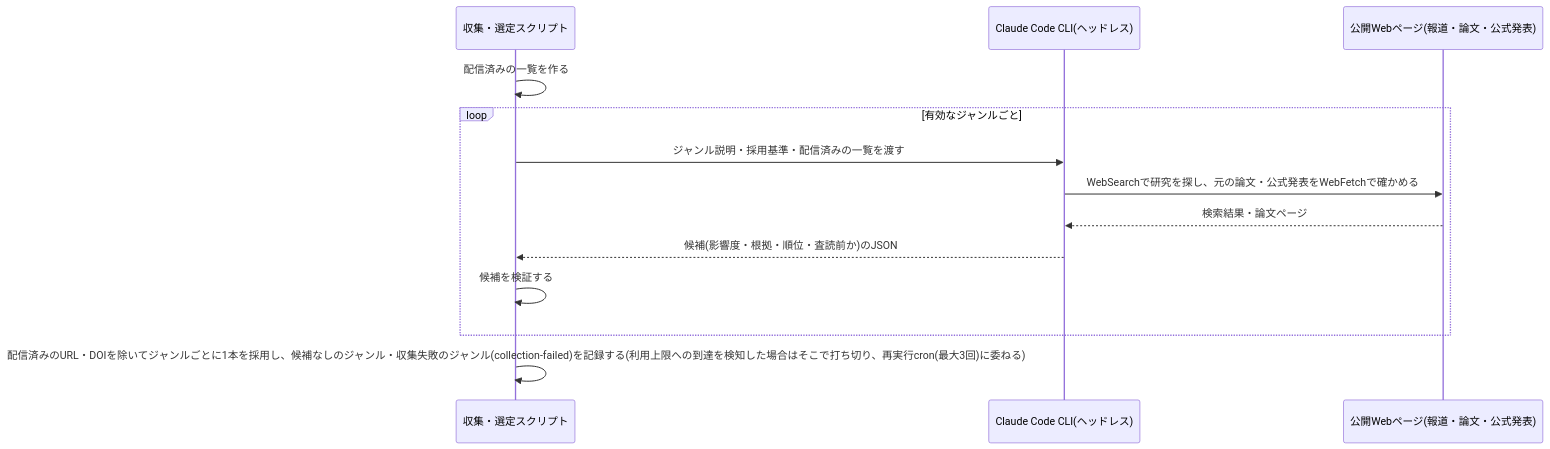
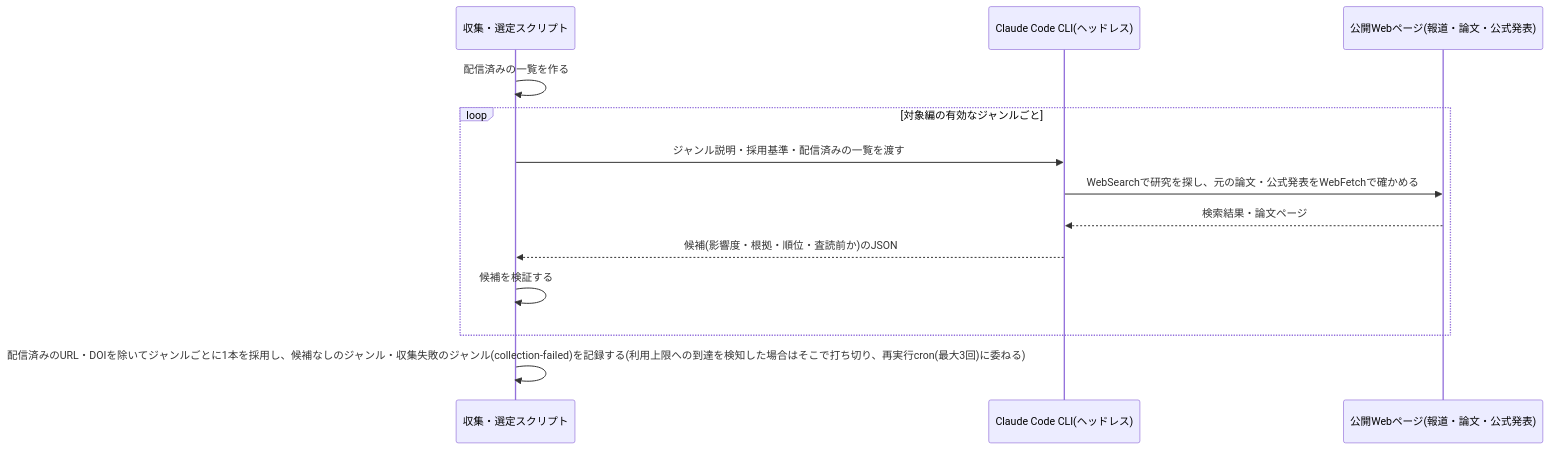
One commit to zakiyama0108/benriyatool changed the diagram in specs/research-digest/content-selection/design.md. Above: the diagram before and after it, drawn with Mermaid. The commit also changed other lines of this file and 37 other files, not shown here.

````diff
--- a/specs/research-digest/content-selection/design.md
+++ b/specs/research-digest/content-selection/design.md
@@ -74,16 +93,16 @@
 ```mermaid
 sequenceDiagram
     participant script as 収集・選定スクリプト
     participant claude as Claude Code CLI(ヘッドレス)
     participant web as 公開Webページ(報道・論文・公式発表)
 
     script ->> script: 配信済みの一覧を作る
-    loop 有効なジャンルごと
+    loop 対象編の有効なジャンルごと
         script ->> claude: ジャンル説明・採用基準・配信済みの一覧を渡す
         claude ->> web: WebSearchで研究を探し、元の論文・公式発表をWebFetchで確かめる
         web -->> claude: 検索結果・論文ページ
         claude -->> script: 候補(影響度・根拠・順位・査読前か)のJSON
         script ->> script: 候補を検証する
     end
     script ->> script: 配信済みのURL・DOIを除いてジャンルごとに1本を採用し、候補なしのジャンル・収集失敗のジャンル(collection-failed)を記録する(利用上限への到達を検知した場合はそこで打ち切り、再実行cron(最大3回)に委ねる)
 ```
````
